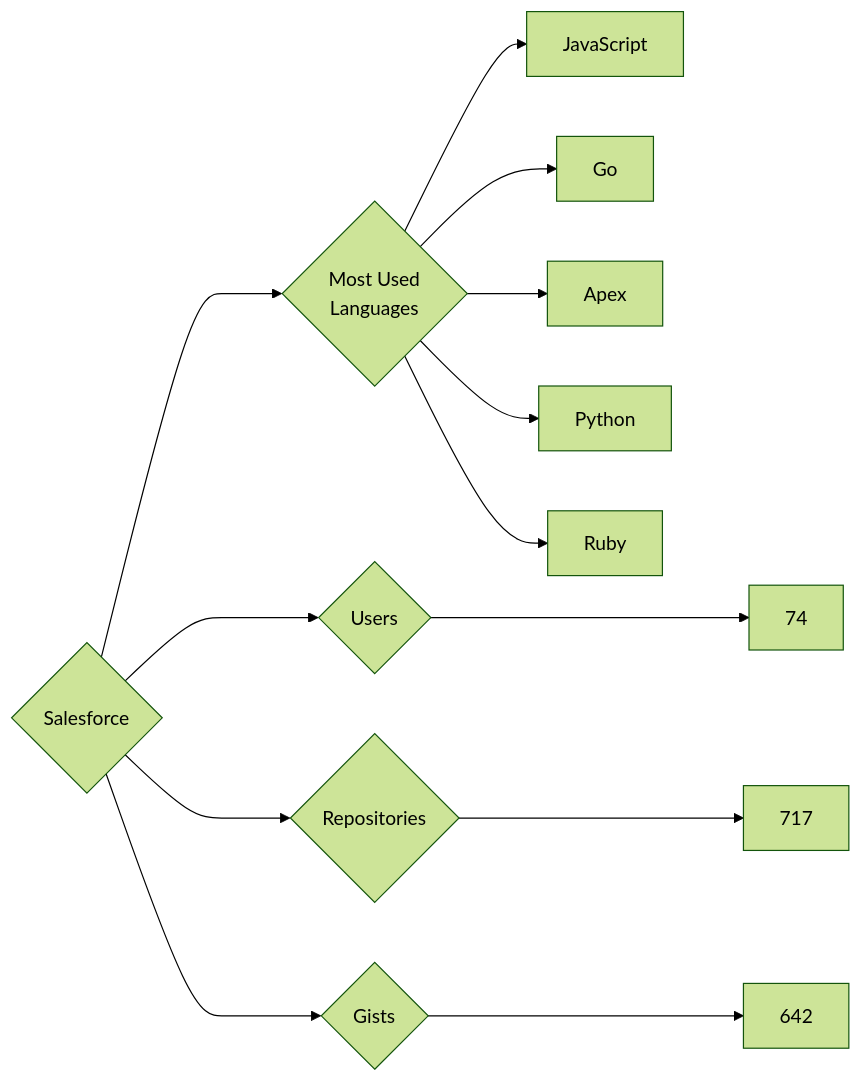
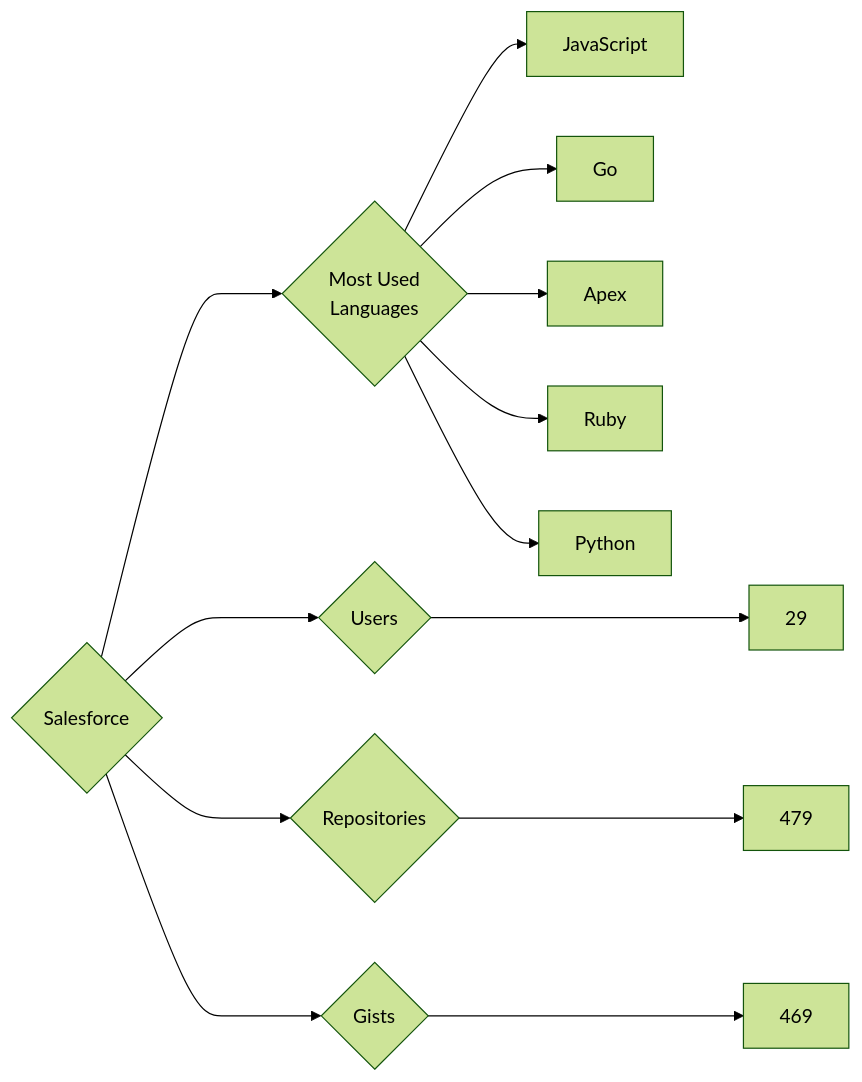
The diagram in targets/Salesforce/README.md (trickest/insiders), drawn with Mermaid (forest theme) before and after one commit. The commit also changed 851 other files, not shown here.

````diff
--- a/targets/Salesforce/README.md
+++ b/targets/Salesforce/README.md
@@ -3,13 +3,13 @@
 ```mermaid
 graph LR
 COMPANY_NAME{Salesforce}
-COMPANY_NAME ---> U{Users} ---> UN[74]
-COMPANY_NAME ---> R{Repositories} ---> RN[717]
-COMPANY_NAME ---> G{Gists} ---> GN[642]
+COMPANY_NAME ---> U{Users} ---> UN[29]
+COMPANY_NAME ---> R{Repositories} ---> RN[479]
+COMPANY_NAME ---> G{Gists} ---> GN[469]
 COMPANY_NAME ---> ML{Most Used<br>Languages}
 ML --> JavaScript[JavaScript]
 ML --> Go[Go]
 ML --> Apex[Apex]
+ML --> Ruby[Ruby]
 ML --> Python[Python]
-ML --> Ruby[Ruby]
 ```
````
